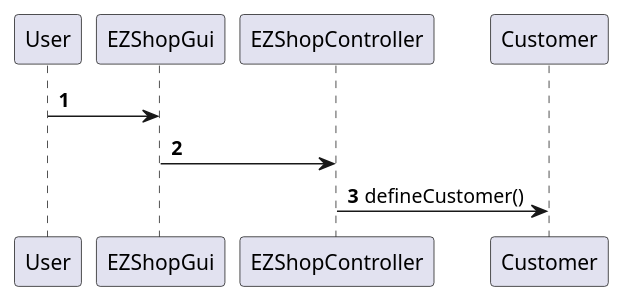
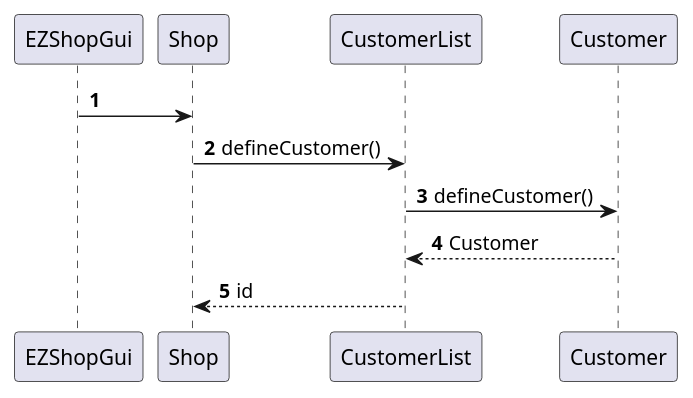
The sixth of 12 diagrams in Deliverables/DesignDocument.md (mkexc/ezshop), drawn with PlantUML before and after one commit. The commit also changed other lines of this file and 3 other files, not shown here.

Commit message:
Deliverables: fixed LowLevel design, added sequence diagrams, started estimation

````diff
--- a/Deliverables/DesignDocument.md
+++ b/Deliverables/DesignDocument.md
@@ -387,11 +411,10 @@
 ```plantuml
 @startuml
 autonumber
-
-User ->EZShopGui
-EZShopGui -> EZShopController
-EZShopController -> Customer : defineCustomer()
-
-
+EZShopGui -> Shop
+Shop -> CustomerList : defineCustomer()
+CustomerList -> Customer: defineCustomer()
+CustomerList <-- Customer: Customer
+Shop <-- CustomerList : id
 @enduml
 ```
````
